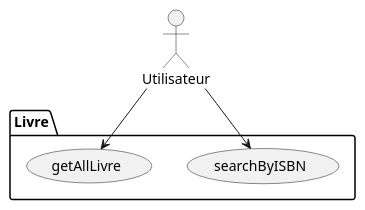
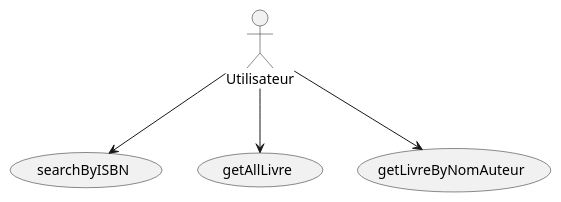
Before and after one commit to EstebanRacine/dev: the diagram in Projets/php-db-biblio/documentation/diagrammeUseCase.puml, drawn with PlantUML. The commit also changed 7 other files, not shown here.

```diff
--- a/Projets/php-db-biblio/documentation/diagrammeUseCase.puml
+++ b/Projets/php-db-biblio/documentation/diagrammeUseCase.puml
@@ -1,13 +1,13 @@
 @startuml
 'https://plantuml.com/class-diagram
 
 :Utilisateur:
-package Livre{
 (searchByISBN)
 (getAllLivre)
-}
+(getLivreByNomAuteur)
 
 Utilisateur-->searchByISBN
 Utilisateur-->getAllLivre
+Utilisateur-->getLivreByNomAuteur
 
 @enduml
```
